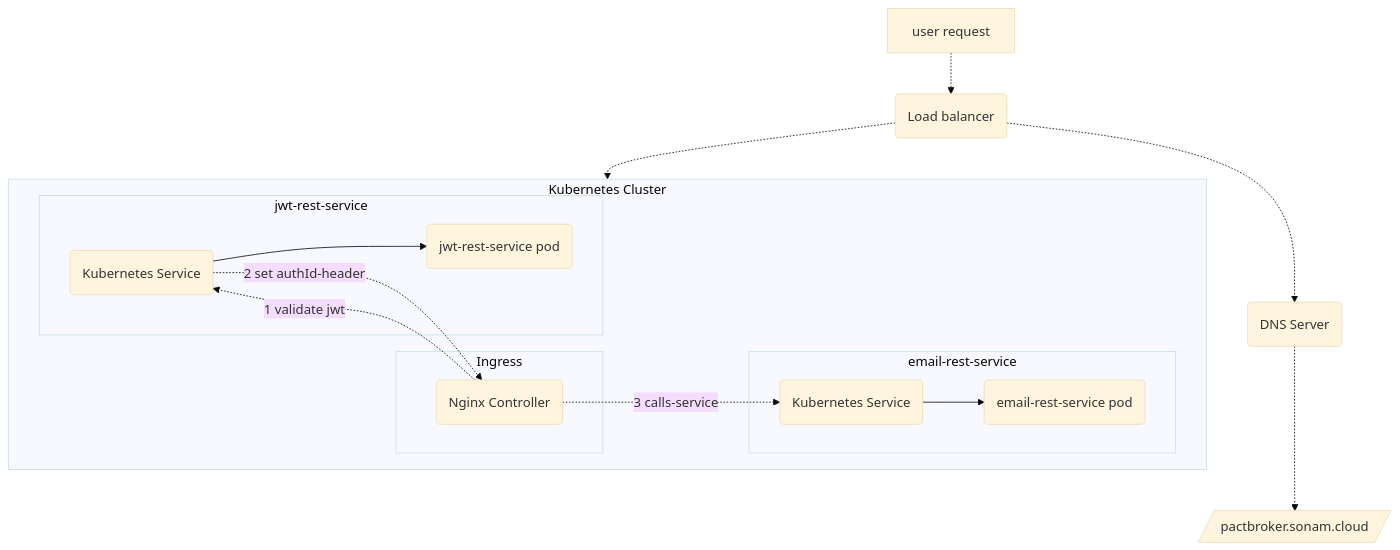
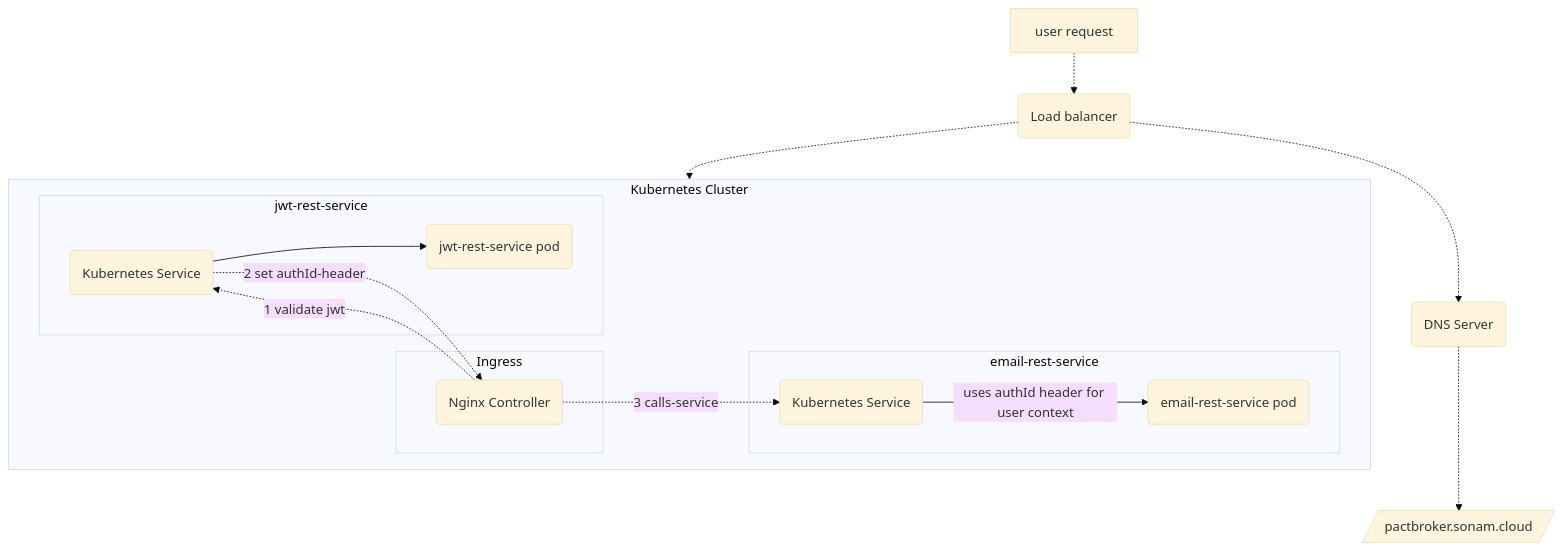
The first of 4 diagrams in README.md (sonamsamdupkhangsar/sonamsamdupkhangsar.github.io), drawn with Mermaid (base theme) before and after one commit.

Commit message:
add jwt-rest-service

````diff
--- a/README.md
+++ b/README.md
@@ -12,24 +12,24 @@
 ```mermaid
 flowchart TD
     A[user request] -.-> B(Load balancer)
     B -.-> C(DNS Server)
     C -.-> D[/pactbroker.sonam.cloud/]
     subgraph k8[Kubernetes Cluster]
     subgraph ingress[Ingress]
     F(Nginx Controller)
     end
     subgraph app[email-rest-service]
     G(Kubernetes Service)
-    G --> H(email-rest-service pod)
+    G -- uses authId header for user context --> H(email-rest-service pod)    
     end    
     subgraph jwt[jwt-rest-service]
     I(Kubernetes Service)
     I --> J(jwt-rest-service pod)
     end    
     end
     F -. 3 calls-service .-> G
     F -. 1 validate jwt .-> I
     B -.-> k8
     I -. 2 set authId-header .-> F
     
 ```
````
